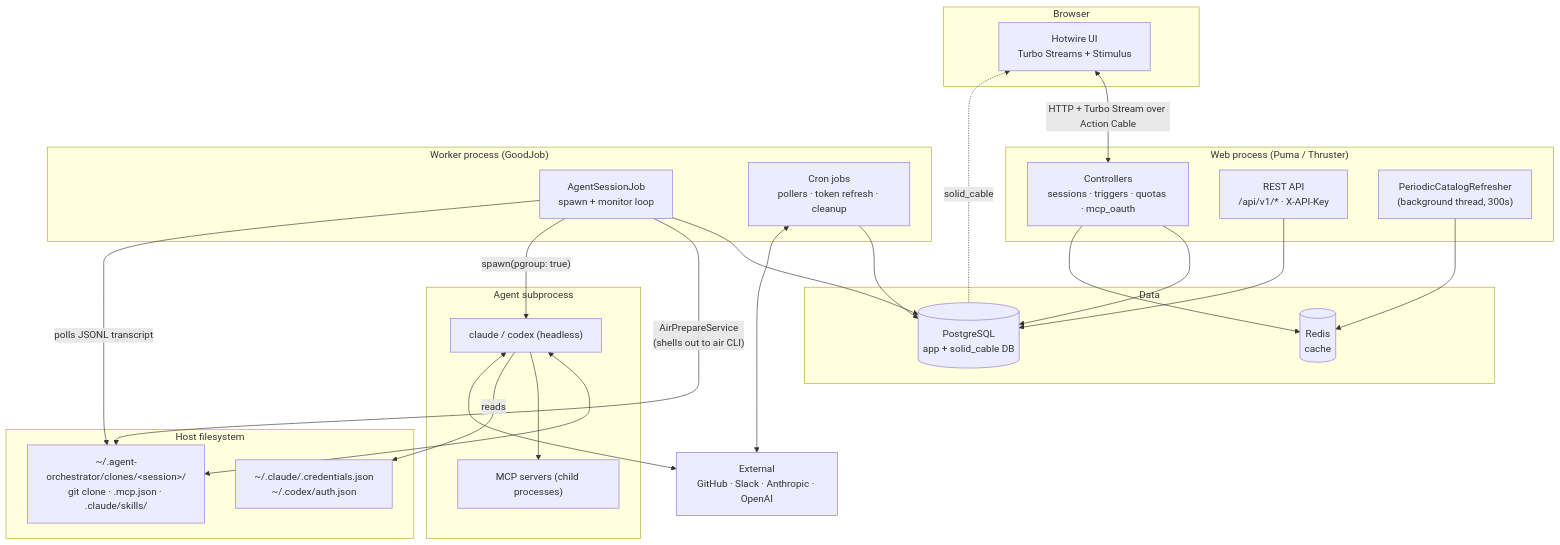
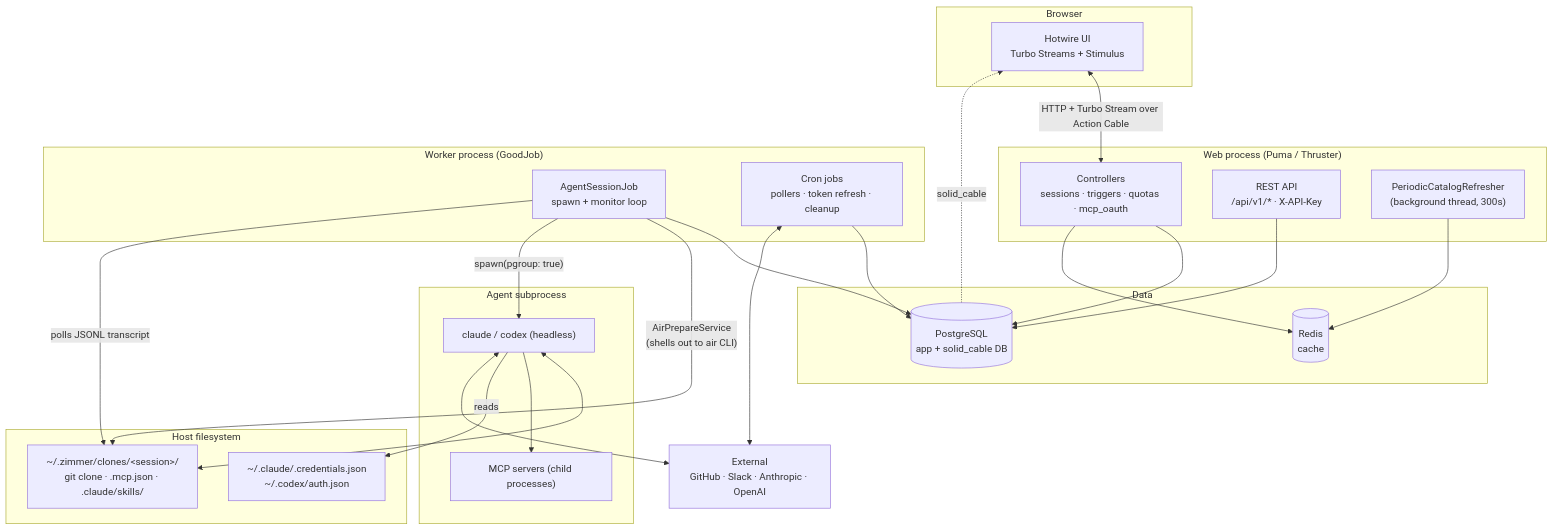
Before and after one commit to tadasant/zimmer: the first of 2 diagrams in docs/src/content/docs/intro/architecture.md, drawn with Mermaid. The commit also changed other lines of this file and 9 other files, not shown here.

````diff
--- a/docs/src/content/docs/intro/architecture.md
+++ b/docs/src/content/docs/intro/architecture.md
@@ -13,51 +13,51 @@
 ```mermaid
 flowchart TB
     subgraph browser["Browser"]
         UI["Hotwire UI<br/>Turbo Streams + Stimulus"]
     end
 
     subgraph web["Web process (Puma / Thruster)"]
         RC["Controllers<br/>sessions · triggers · quotas · mcp_oauth"]
         API["REST API<br/>/api/v1/* · X-API-Key"]
         PCR["PeriodicCatalogRefresher<br/>(background thread, 300s)"]
     end
 
     subgraph worker["Worker process (GoodJob)"]
         ASJ["AgentSessionJob<br/>spawn + monitor loop"]
         CRON["Cron jobs<br/>pollers · token refresh · cleanup"]
     end
 
     subgraph data["Data"]
         PG[("PostgreSQL<br/>app + solid_cable DB")]
         RD[("Redis<br/>cache")]
     end
 
     subgraph host["Host filesystem"]
-        CLONE["~/.agent-orchestrator/clones/&lt;session&gt;/<br/>git clone · .mcp.json · .claude/skills/"]
+        CLONE["~/.zimmer/clones/&lt;session&gt;/<br/>git clone · .mcp.json · .claude/skills/"]
         CRED["~/.claude/.credentials.json<br/>~/.codex/auth.json"]
     end
 
     subgraph proc["Agent subprocess"]
         CLI["claude / codex (headless)"]
         MCP["MCP servers (child processes)"]
     end
 
     EXT["External<br/>GitHub · Slack · Anthropic · OpenAI"]
 
     UI <-->|"HTTP + Turbo Stream over Action Cable"| RC
     RC --> PG
     API --> PG
     PG -.->|"solid_cable"| UI
     RC --> RD
     ASJ --> PG
     CRON --> PG
     ASJ -->|"AirPrepareService<br/>(shells out to air CLI)"| CLONE
     ASJ -->|"spawn(pgroup: true)"| CLI
     CLI <--> CLONE
     CLI --> MCP
     CLI -->|"reads"| CRED
     ASJ -->|"polls JSONL transcript"| CLONE
     CLI <--> EXT
     CRON <--> EXT
     PCR --> RD
 ```
````
